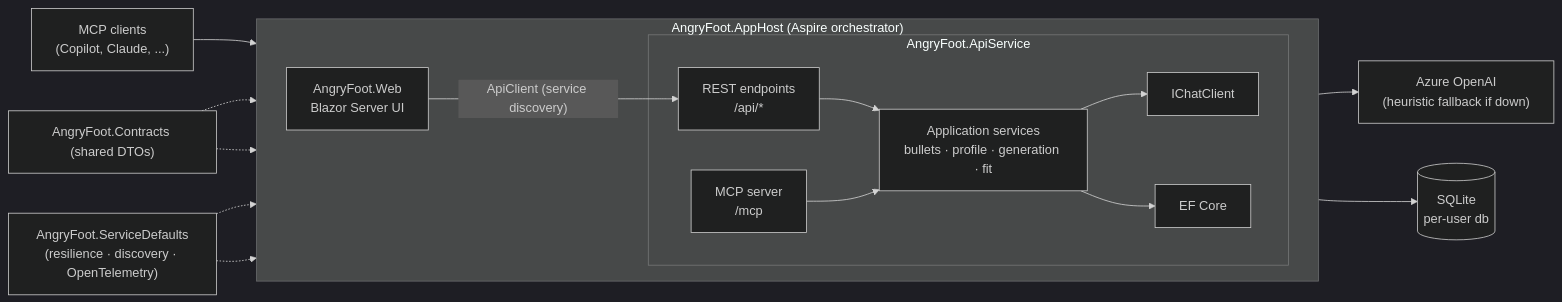
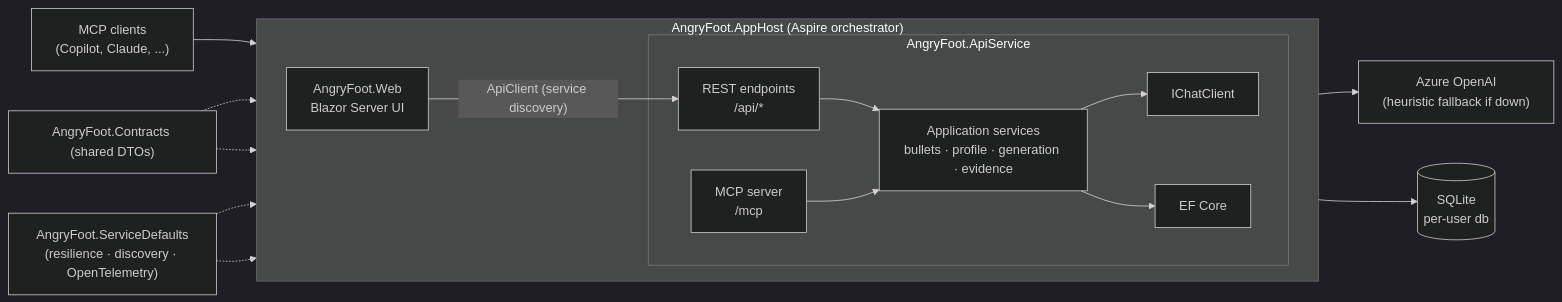
The diagram in README.md (IsaacSherman/Vslhq26-angry-foot-), drawn with Mermaid (dark theme) before and after one commit. The commit also changed other lines of this file and 90 other files, not shown here.

First line of the commit message:
Replace the Fit Score with transparent, evidence-based resume analysis (Feature #18) (#26)

````diff
--- a/README.md
+++ b/README.md
@@ -21,30 +21,30 @@
 ```mermaid
 flowchart LR
     subgraph AppHost["AngryFoot.AppHost (Aspire orchestrator)"]
         direction LR
         Web["AngryFoot.Web<br/>Blazor Server UI"]
         subgraph Api["AngryFoot.ApiService"]
             REST["REST endpoints<br/>/api/*"]
             MCP["MCP server<br/>/mcp"]
-            Services["Application services<br/>bullets · profile · generation · fit"]
+            Services["Application services<br/>bullets · profile · generation · evidence"]
             Chat["IChatClient"]
             EF["EF Core"]
         end
     end
 
     Agent["MCP clients<br/>(Copilot, Claude, ...)"]
     AOAI["Azure OpenAI<br/>(heuristic fallback if down)"]
     DB[("SQLite<br/>per-user db")]
 
     Web -- "ApiClient (service discovery)" --> REST
     Agent --> MCP
     REST --> Services
     MCP --> Services
     Services --> Chat --> AOAI
     Services --> EF --> DB
 
     Contracts["AngryFoot.Contracts (shared DTOs)"] -.-> Web
     Contracts -.-> Api
     Defaults["AngryFoot.ServiceDefaults<br/>(resilience · discovery · OpenTelemetry)"] -.-> Web
     Defaults -.-> Api
 ```
````
